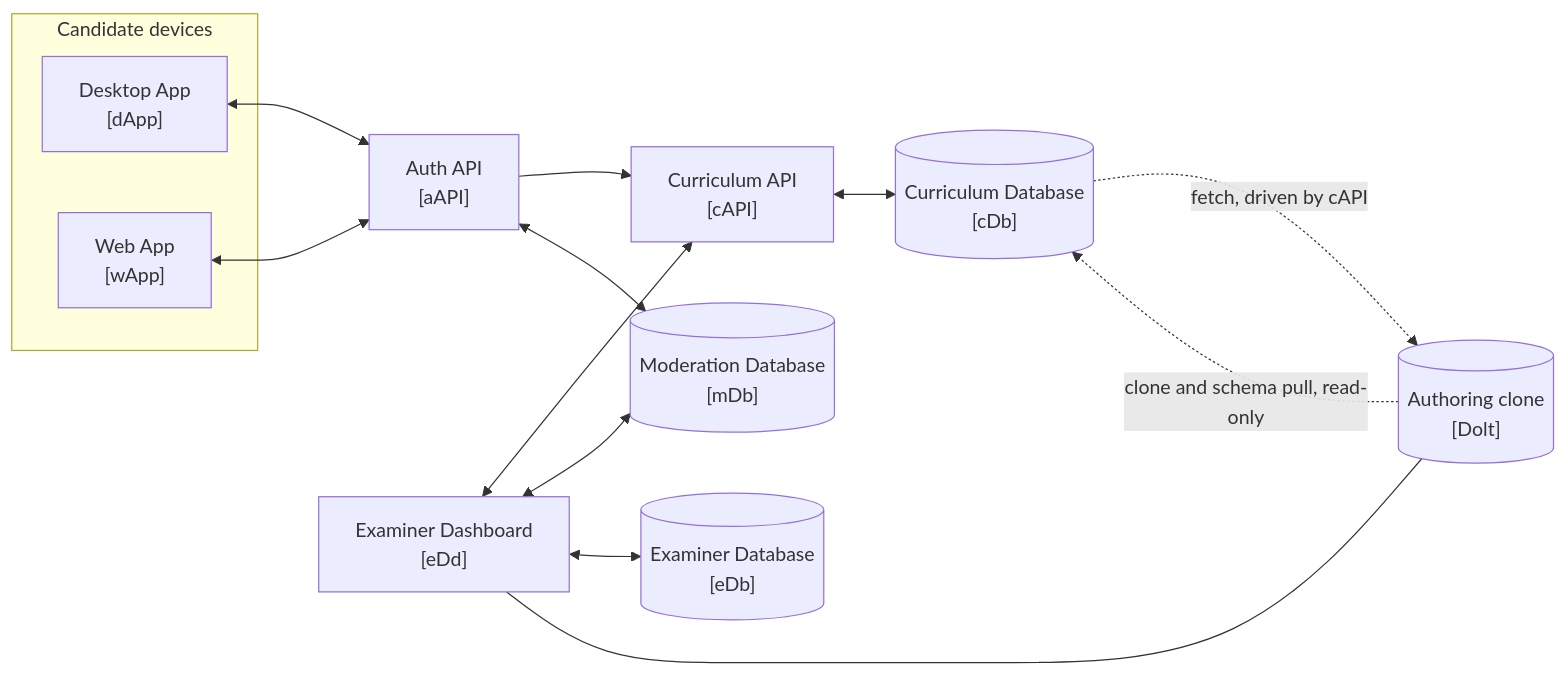
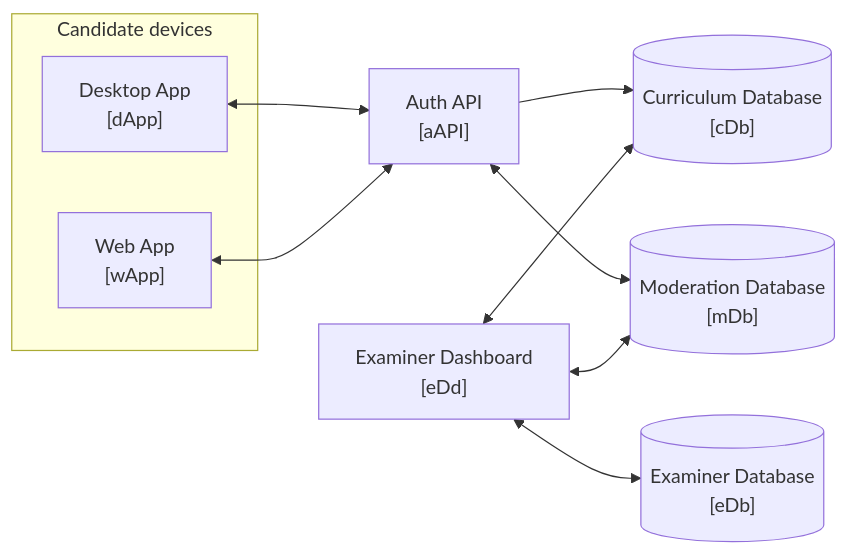
The diagram in docs/architecture.md (freeCodeCamp/exam-platform), drawn with Mermaid before and after one commit. The commit also changed other lines of this file and 20 other files, not shown here.

Commit message:
breaking: remove curriculum-api

````diff
--- a/docs/architecture.md
+++ b/docs/architecture.md
@@ -3,26 +3,21 @@
 ```mermaid
 graph LR
   subgraph candidate[Candidate devices]
     dApp["Desktop App<br/>[dApp]"]
     wApp["Web App<br/>[wApp]"]
   end
 
   aAPI["Auth API<br/>[aAPI]"]
-  cAPI["Curriculum API<br/>[cAPI]"]
   cDb[("Curriculum Database<br/>[cDb]")]
   mDb[("Moderation Database<br/>[mDb]")]
   eDd["Examiner Dashboard<br/>[eDd]"]
   eDb[("Examiner Database<br/>[eDb]")]
 
   dApp <--> aAPI
   wApp <--> aAPI
-  aAPI --> cAPI
-  cAPI <--> cDb
+  aAPI --> cDb
   aAPI <--> mDb
-  eDd <--> cAPI
+  eDd <--> cDb
   eDd <--> mDb
   eDd <--> eDb
-  eDd --- cDbClone[("Authoring clone<br/>[Dolt]")]
-  cDb -. fetch, driven by cAPI .-> cDbClone
-  cDbClone -. clone and schema pull, read-only .-> cDb
 ```
````
